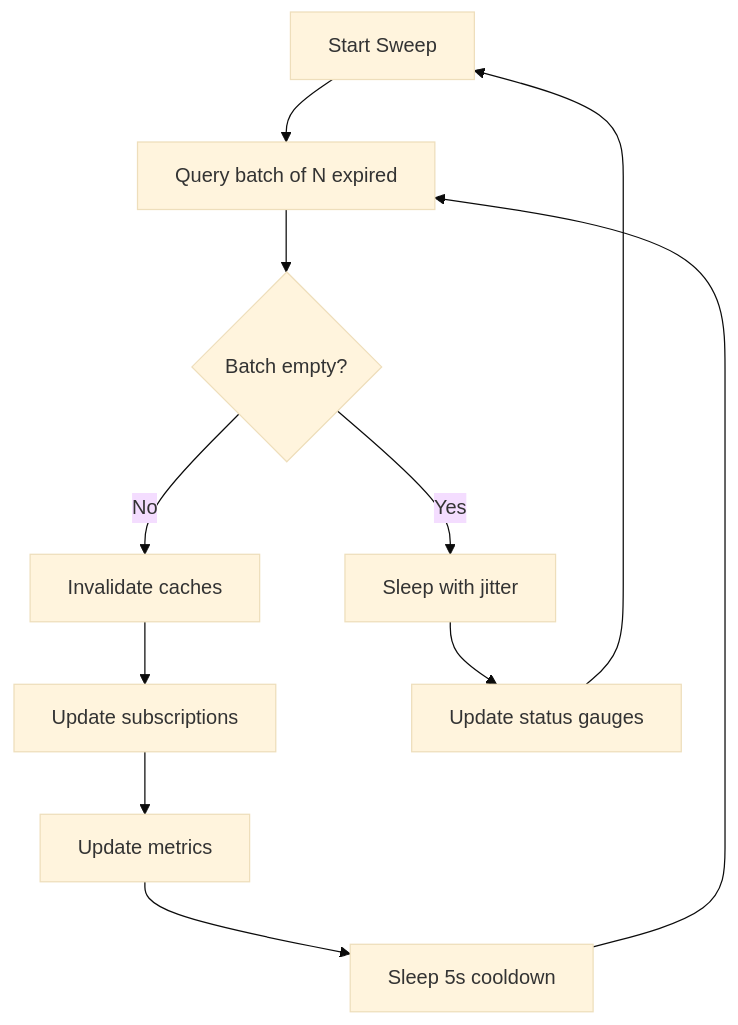
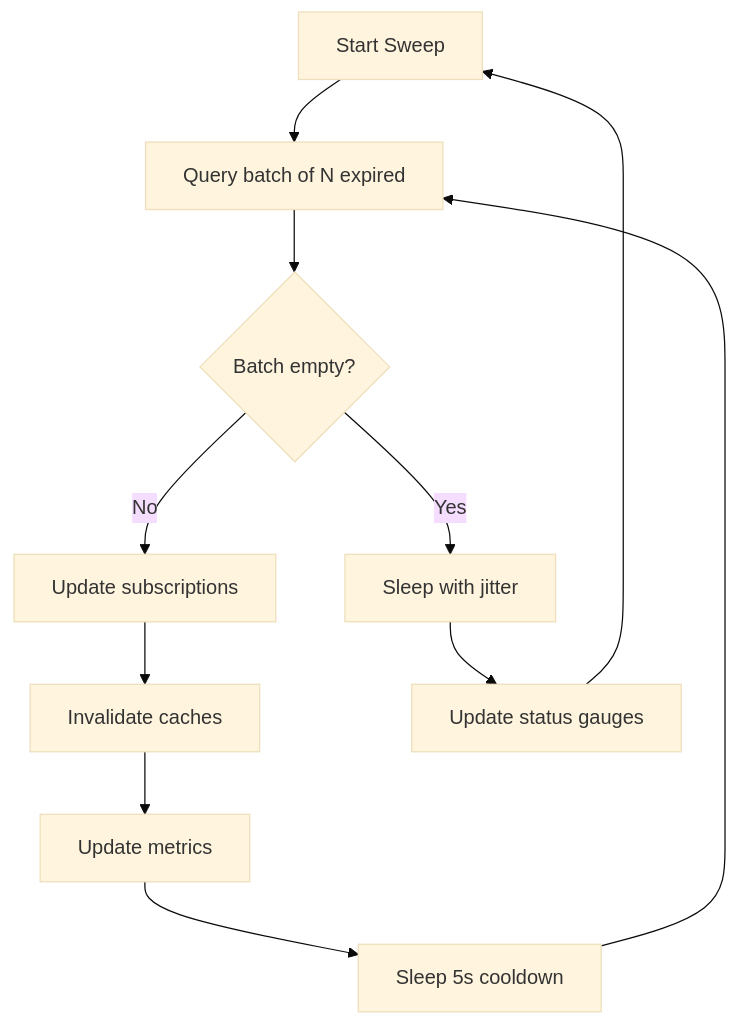
The seventh of 8 diagrams in services/workers/docs/concepts/message-flows.md (kunalPisolkar24/detectAI), drawn with Mermaid (base theme) before and after one commit. The commit also changed other lines of this file and 10 other files, not shown here.

````diff
--- a/services/workers/docs/concepts/message-flows.md
+++ b/services/workers/docs/concepts/message-flows.md
@@ -168,13 +255,13 @@
 ```mermaid
 graph TB
     A[Start Sweep] --> B[Query batch of N expired]
     B --> C{Batch empty?}
     C -->|Yes| D[Sleep with jitter]
-    C -->|No| E[Invalidate caches]
-    E --> F[Update subscriptions]
+    C -->|No| E[Update subscriptions]
+    E --> F[Invalidate caches]
     F --> G[Update metrics]
     G --> H[Sleep 5s cooldown]
     H --> B
     D --> I[Update status gauges]
     I --> A
 ```
````
